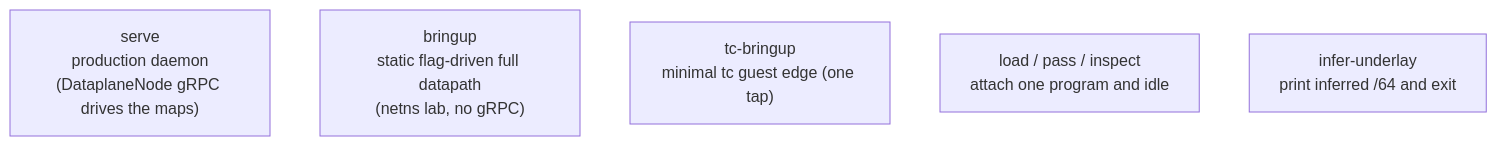
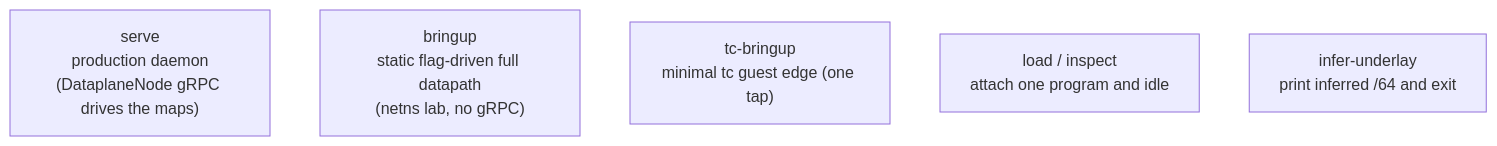
One commit to trevex/ectobase changed the diagram in docs/architecture/dataplane/cli.md. Above: the diagram before and after it, drawn with Mermaid. The commit also changed other lines of this file and 3 other files, not shown here.

````diff
--- a/docs/architecture/dataplane/cli.md
+++ b/docs/architecture/dataplane/cli.md
@@ -8,8 +8,8 @@
 ```mermaid
 flowchart TD
     serve["serve<br/>production daemon<br/>(DataplaneNode gRPC drives the maps)"]
     bringup["bringup<br/>static flag-driven full datapath<br/>(netns lab, no gRPC)"]
     tcbringup["tc-bringup<br/>minimal tc guest edge (one tap)"]
-    load["load / pass / inspect<br/>attach one program and idle"]
+    load["load / inspect<br/>attach one program and idle"]
     infer["infer-underlay<br/>print inferred /64 and exit"]
 ```
````
